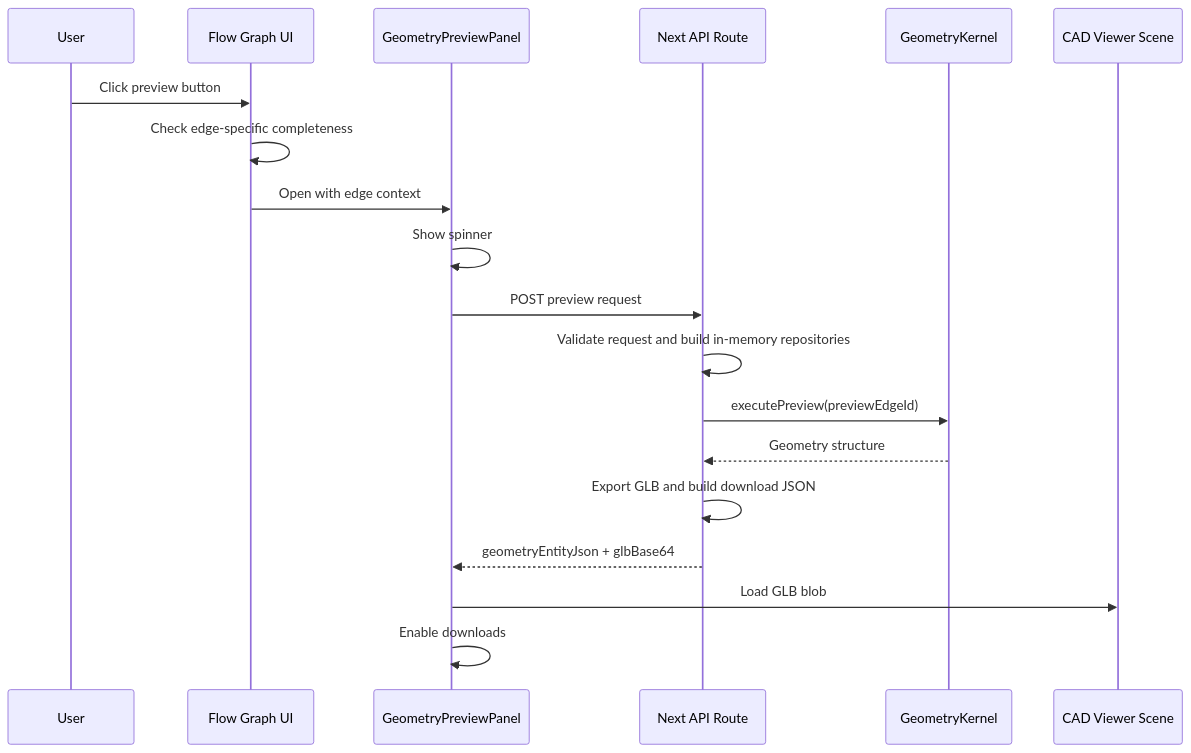
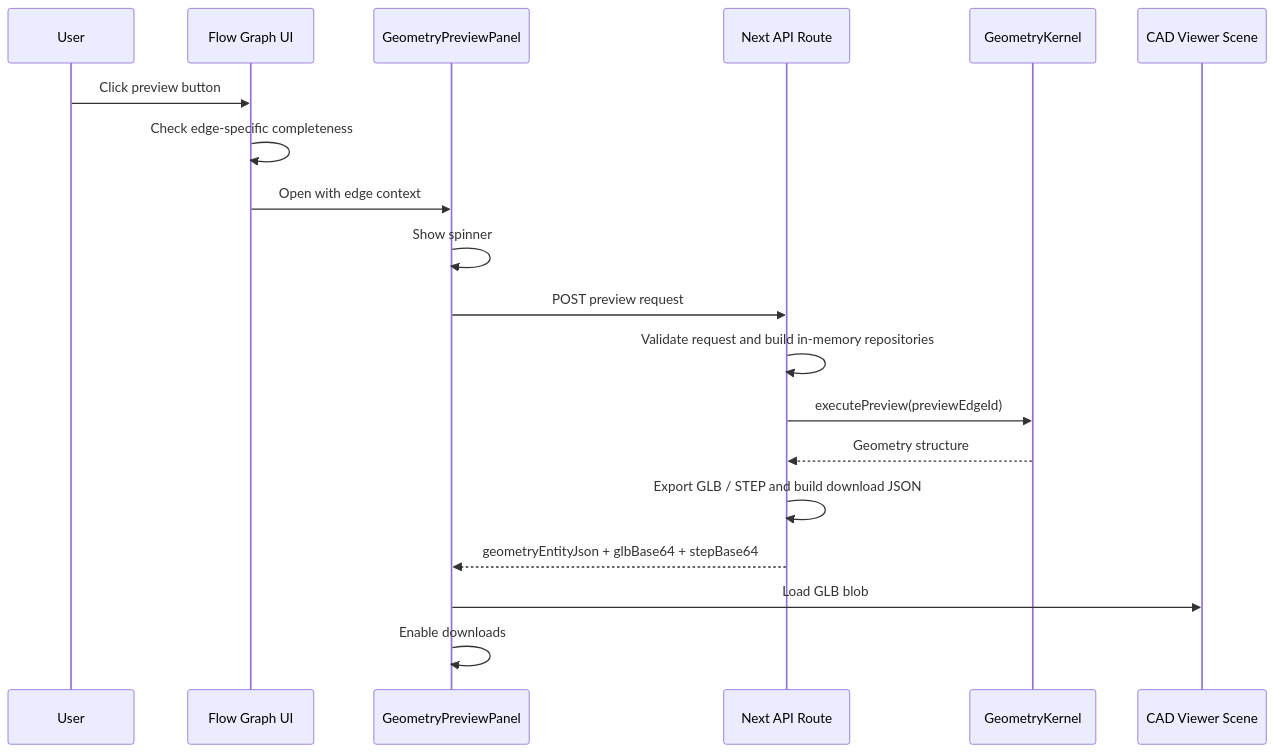
Before and after one commit to henry861010/process_flow_v2: the second of 2 diagrams in docs/ui/geometry-preview.md, drawn with Mermaid. The commit also changed other lines of this file and 11 other files, not shown here.

Commit message:
add .step export

````diff
--- a/docs/ui/geometry-preview.md
+++ b/docs/ui/geometry-preview.md
@@ -407,22 +414,22 @@
 ```mermaid
 sequenceDiagram
   participant User
   participant Graph as Flow Graph UI
   participant Panel as GeometryPreviewPanel
   participant API as Next API Route
   participant Kernel as GeometryKernel
   participant Viewer as CAD Viewer Scene
 
   User->>Graph: Click preview button
   Graph->>Graph: Check edge-specific completeness
   Graph->>Panel: Open with edge context
   Panel->>Panel: Show spinner
   Panel->>API: POST preview request
   API->>API: Validate request and build in-memory repositories
   API->>Kernel: executePreview(previewEdgeId)
   Kernel-->>API: Geometry structure
-  API->>API: Export GLB and build download JSON
-  API-->>Panel: geometryEntityJson + glbBase64
+  API->>API: Export GLB / STEP and build download JSON
+  API-->>Panel: geometryEntityJson + glbBase64 + stepBase64
   Panel->>Viewer: Load GLB blob
   Panel->>Panel: Enable downloads
 ```
````
